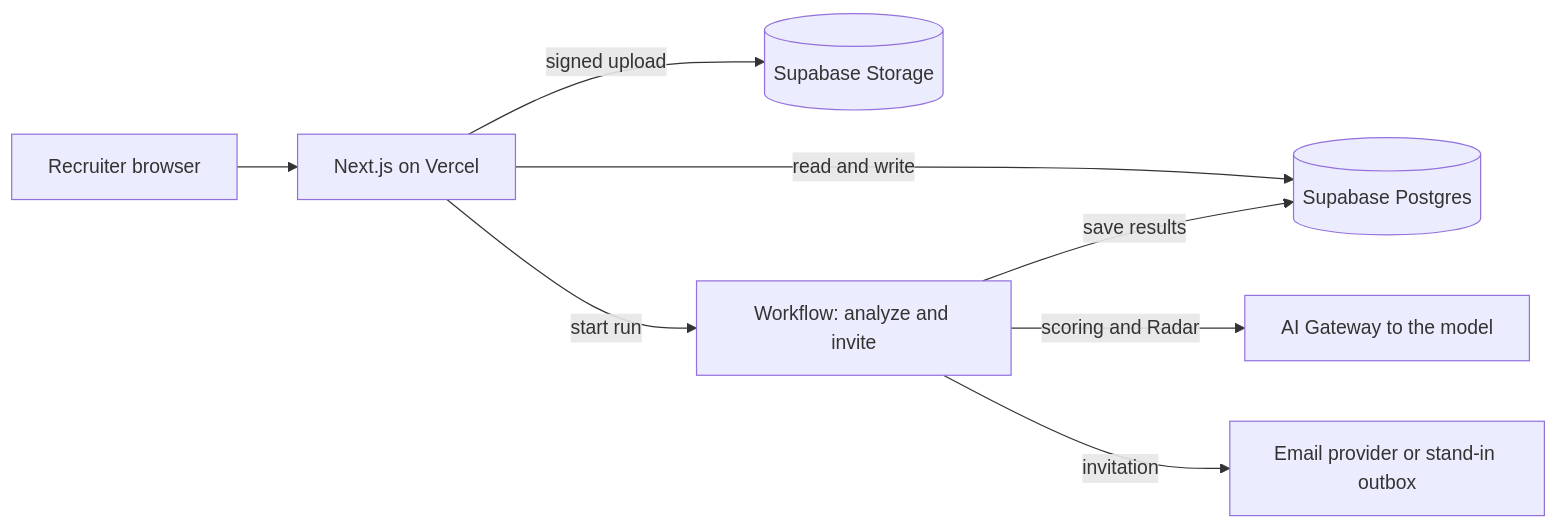
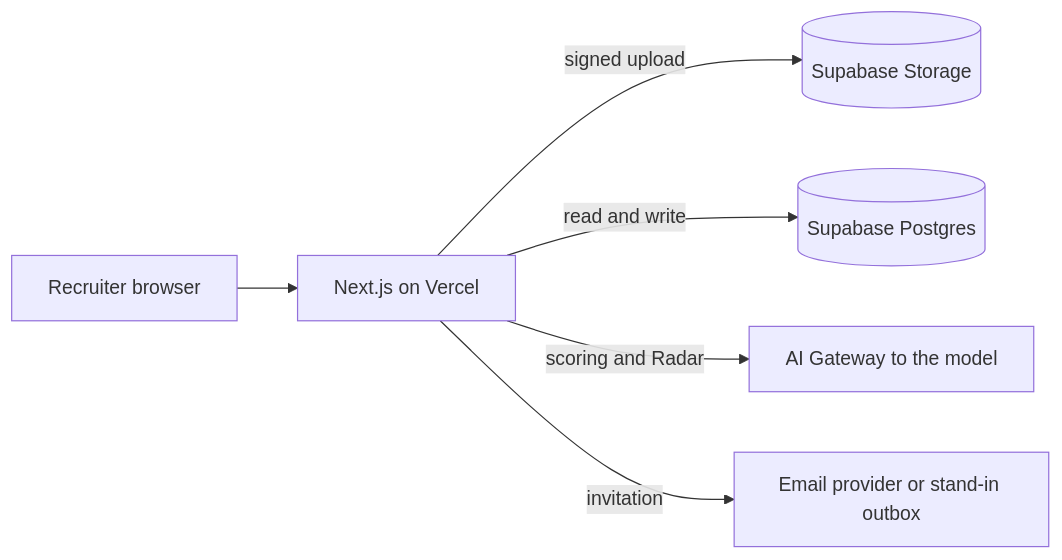
Before and after one commit to RajaChaiban/Talent-Gateway: the diagram in README.md, drawn with Mermaid. The commit also changed other lines of this file and 1 other file, not shown here.

Commit message:
docs: updated the readme and backend doc to match the new architecture and added the Resend domain to send email

````diff
--- a/README.md
+++ b/README.md
@@ -42,10 +42,8 @@
 ```mermaid
 flowchart LR
   R[Recruiter browser] --> N[Next.js on Vercel]
   N -->|signed upload| S[(Supabase Storage)]
   N -->|read and write| D[(Supabase Postgres)]
-  N -->|start run| W[Workflow: analyze and invite]
-  W -->|scoring and Radar| G[AI Gateway to the model]
-  W -->|save results| D
-  W -->|invitation| E[Email provider or stand-in outbox]
+  N -->|scoring and Radar| G[AI Gateway to the model]
+  N -->|invitation| E[Email provider or stand-in outbox]
 ```
````
